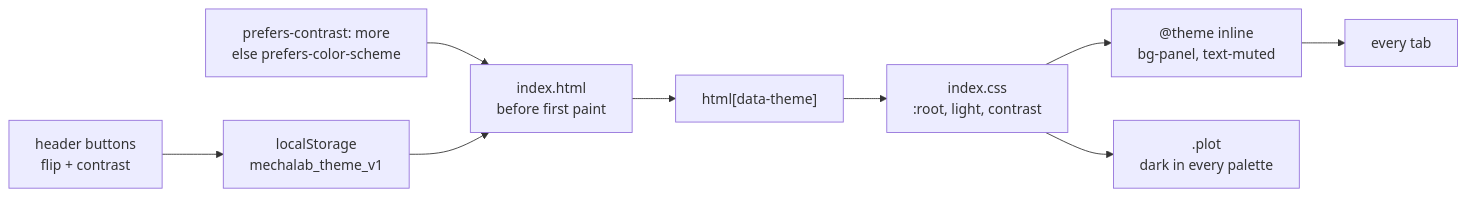
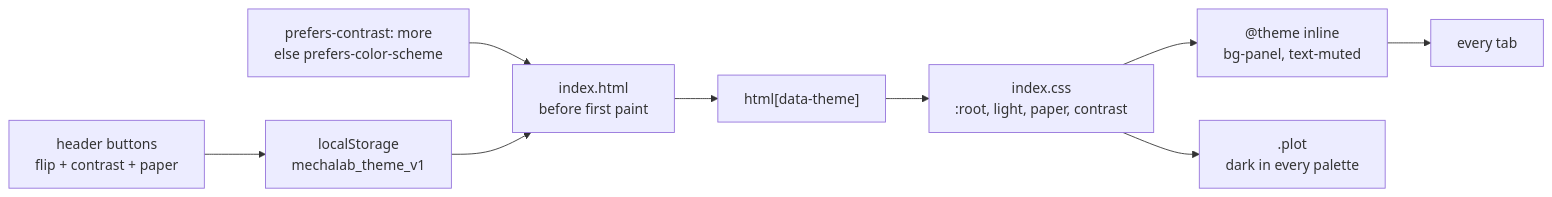
One commit to TLE47/Mechatronics-Roadmap changed the diagram in docs/THEME.md. Above: the diagram before and after it, drawn with Mermaid. The commit also changed other lines of this file and 21 other files, not shown here.

````diff
--- a/docs/THEME.md
+++ b/docs/THEME.md
@@ -14,11 +14,11 @@
 ```mermaid
 flowchart LR
     OS["prefers-contrast: more<br/>else prefers-color-scheme"] --> Pre["index.html<br/>before first paint"]
     Stored["localStorage<br/>mechalab_theme_v1"] --> Pre
-    Toggle["header buttons<br/>flip + contrast"] --> Stored
+    Toggle["header buttons<br/>flip + contrast + paper"] --> Stored
     Pre --> Attr["html[data-theme]"]
-    Attr --> Tokens["index.css<br/>:root, light, contrast"]
+    Attr --> Tokens["index.css<br/>:root, light, paper, contrast"]
     Tokens --> Families["@theme inline<br/>bg-panel, text-muted"]
     Families --> Tabs["every tab"]
     Tokens --> Plot[".plot<br/>dark in every palette"]
 ```
````
